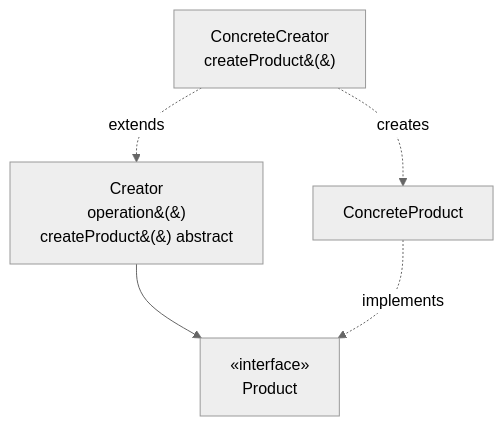
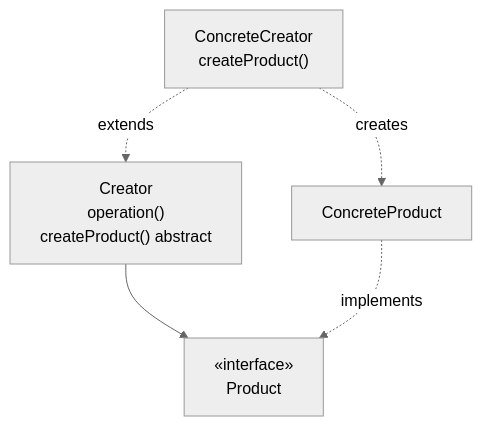
One commit to oadcavalcante/software-architecture-mastery changed the diagram in i18n/en-US/docusaurus-plugin-content-docs/current/03-design-patterns/factory-method.md. Above: the diagram before and after it, drawn with Mermaid (neutral theme). The commit also changed 27 other files, not shown here.

First line of the commit message:
diagramas: parenteses renderizando como &(&) e largura ilegivel no telefone

````diff
--- a/i18n/en-US/docusaurus-plugin-content-docs/current/03-design-patterns/factory-method.md
+++ b/i18n/en-US/docusaurus-plugin-content-docs/current/03-design-patterns/factory-method.md
@@ -49,7 +49,7 @@
 ```mermaid
 graph TB
-  C[Creator<br/>operation&#40;&#41;<br/>createProduct&#40;&#41; abstract] --> P["«interface»<br/>Product"]
-  CC[ConcreteCreator<br/>createProduct&#40;&#41;] -.extends.-> C
+  C["Creator<br/>operation()<br/>createProduct() abstract"] --> P["«interface»<br/>Product"]
+  CC["ConcreteCreator<br/>createProduct()"] -.extends.-> C
   PC[ConcreteProduct] -.implements.-> P
   CC -.creates.-> PC
 ```
````
